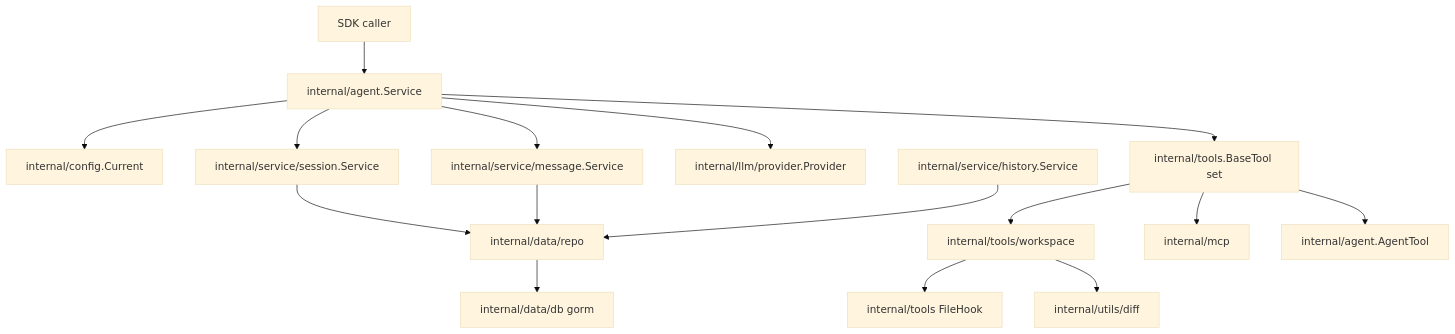
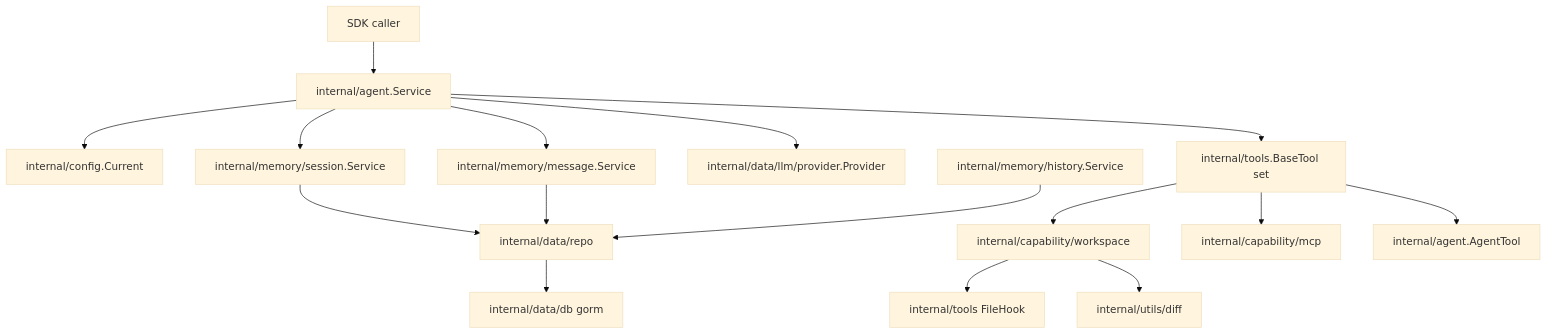
The diagram in docs/architecture.md (fengxiaozi-liu/AgentSdk), drawn with Mermaid (base theme) before and after one commit. The commit also changed other lines of this file and 42 other files, not shown here.

````diff
--- a/docs/architecture.md
+++ b/docs/architecture.md
@@ -36,18 +36,18 @@
 ```mermaid
 graph TD
     Caller[SDK caller] --> Agent[internal/agent.Service]
     Agent --> Config[internal/config.Current]
-    Agent --> Sessions[internal/service/session.Service]
-    Agent --> Messages[internal/service/message.Service]
-    Agent --> Provider[internal/llm/provider.Provider]
+    Agent --> Sessions[internal/memory/session.Service]
+    Agent --> Messages[internal/memory/message.Service]
+    Agent --> Provider[internal/data/llm/provider.Provider]
     Agent --> Tools[internal/tools.BaseTool set]
     Sessions --> Repos[internal/data/repo]
     Messages --> Repos
-    History[internal/service/history.Service] --> Repos
+    History[internal/memory/history.Service] --> Repos
     Repos --> Data[internal/data/db gorm]
-    Tools --> Base[internal/tools/workspace]
-    Tools --> MCP[internal/mcp]
+    Tools --> Base[internal/capability/workspace]
+    Tools --> MCP[internal/capability/mcp]
     Tools --> Child[internal/agent.AgentTool]
     Base --> Hooks[internal/tools FileHook]
     Base --> Diff[internal/utils/diff]
 ```
````
